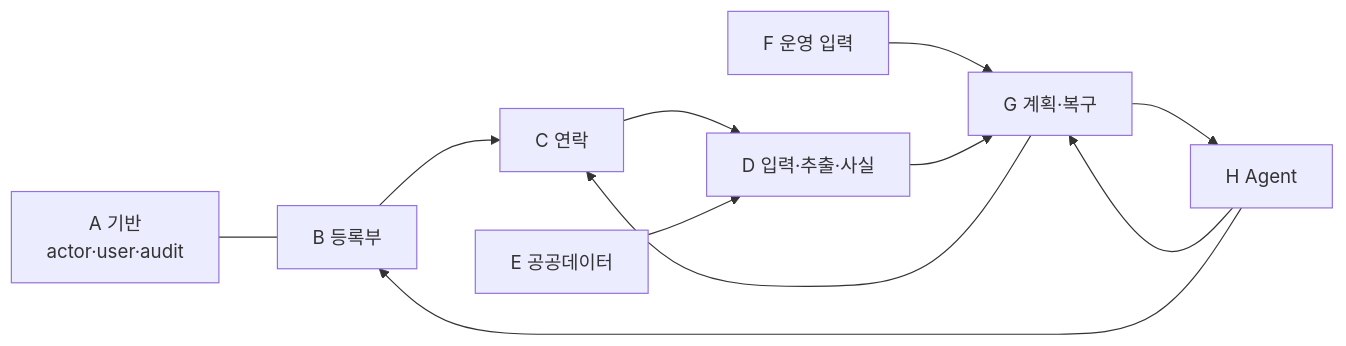
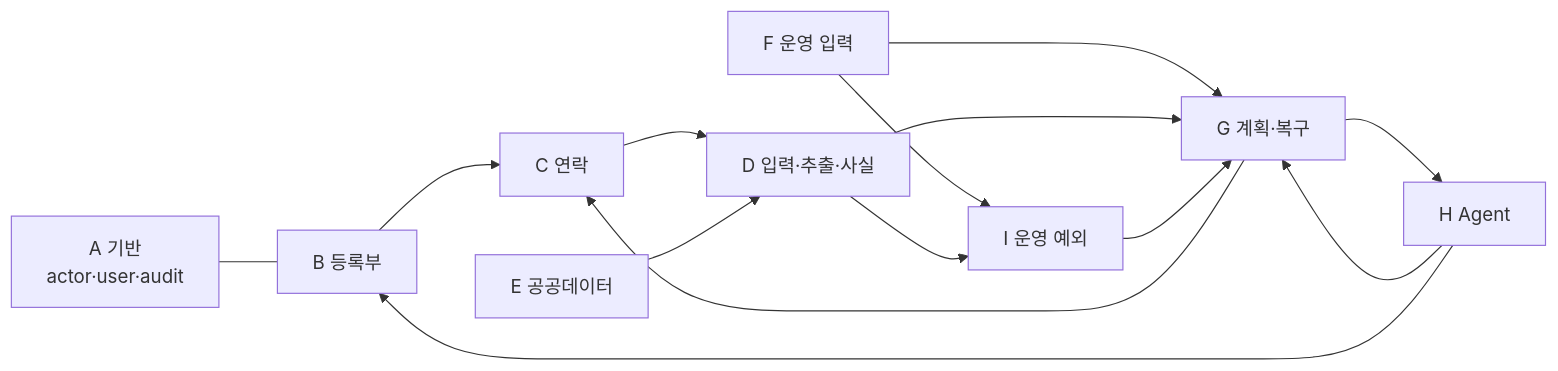
Before and after one commit to dong3114/container-exception: the first of 3 diagrams in docs/deliverables/05_data-model-and-tables.md, drawn with Mermaid. The commit also changed other lines of this file and 21 other files, not shown here.

````diff
--- a/docs/deliverables/05_data-model-and-tables.md
+++ b/docs/deliverables/05_data-model-and-tables.md
@@ -137,13 +145,16 @@
 ```mermaid
 flowchart LR
   A[A 기반<br/>actor·user·audit] --- B[B 등록부]
   B --> C[C 연락]
   C --> D[D 입력·추출·사실]
   E[E 공공데이터] --> D
   F[F 운영 입력] --> G[G 계획·복구]
   D --> G
   G --> C
   H[H Agent] --> G
   H --> B
   G --> H
+  F --> I[I 운영 예외]
+  D --> I
+  I --> G
 ```
````
